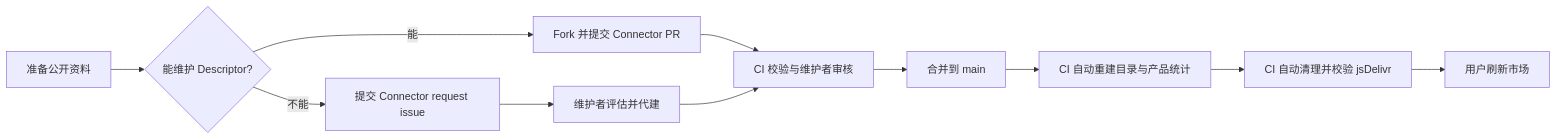
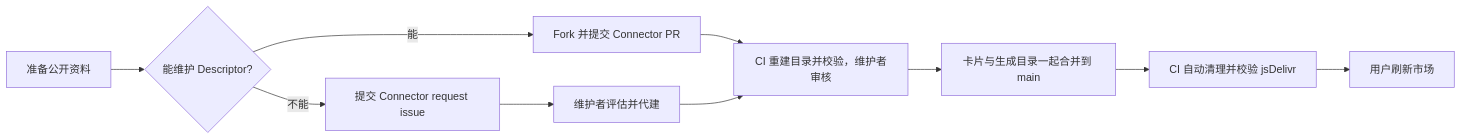
One commit to duhu2000/dsh-mcp-connector-registry changed the diagram in README.md. Above: the diagram before and after it, drawn with Mermaid. The commit also changed other lines of this file and 7 other files, not shown here.

````diff
--- a/README.md
+++ b/README.md
@@ -53,13 +53,12 @@
 ```mermaid
 flowchart LR
   A[准备公开资料] --> B{能维护 Descriptor?}
   B -->|能| C[Fork 并提交 Connector PR]
   B -->|不能| D[提交 Connector request issue]
   D --> E[维护者评估并代建]
-  C --> F[CI 校验与维护者审核]
+  C --> F[CI 重建目录并校验，维护者审核]
   E --> F
-  F --> G[合并到 main]
-  G --> H[CI 自动重建目录与产品统计]
-  H --> J[CI 自动清理并校验 jsDelivr]
+  F --> G[卡片与生成目录一起合并到 main]
+  G --> J[CI 自动清理并校验 jsDelivr]
   J --> I[用户刷新市场]
 ```
````
